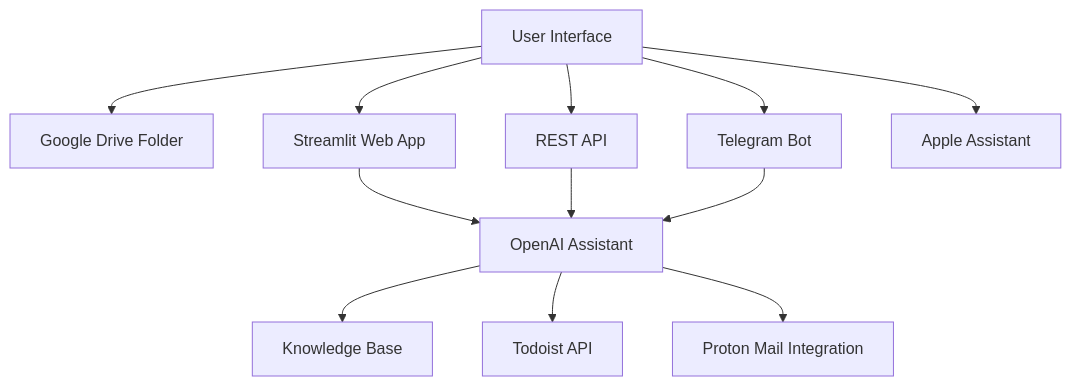
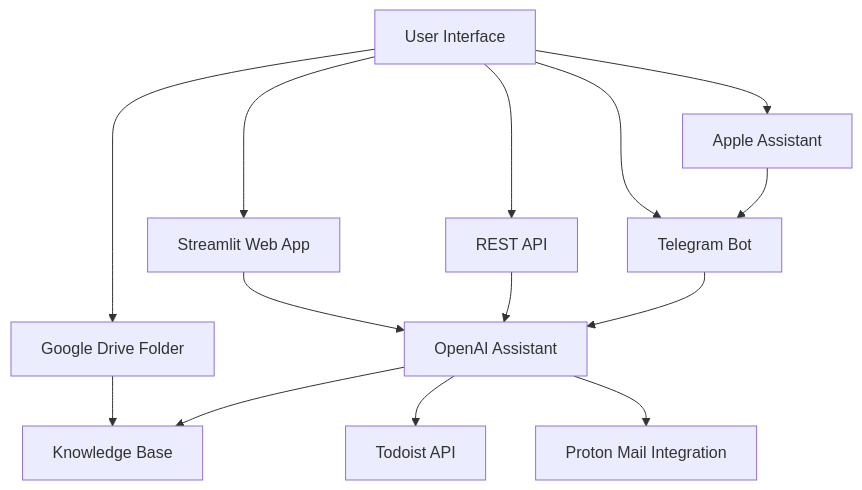
The diagram in README.md (dberweger2017/ai-personal-assistant), drawn with Mermaid before and after one commit.

Commit message:
Update flowchart in README.md to include new connections and components

````diff
--- a/README.md
+++ b/README.md
@@ -35,14 +35,16 @@
 ```mermaid
 graph TD
     A[User Interface] --> B[Google Drive Folder]
     A --> C[Streamlit Web App]
     A --> D[REST API]
     A --> E[Telegram Bot]
     A --> F[Apple Assistant]
+    F --> E
+    B --> K[Knowledge Base]
     C --> G[OpenAI Assistant]
     D --> G
     E --> G
-    G --> H[Knowledge Base]
     G --> I[Todoist API]
     G --> J[Proton Mail Integration]
+    G --> K
 ```
````
